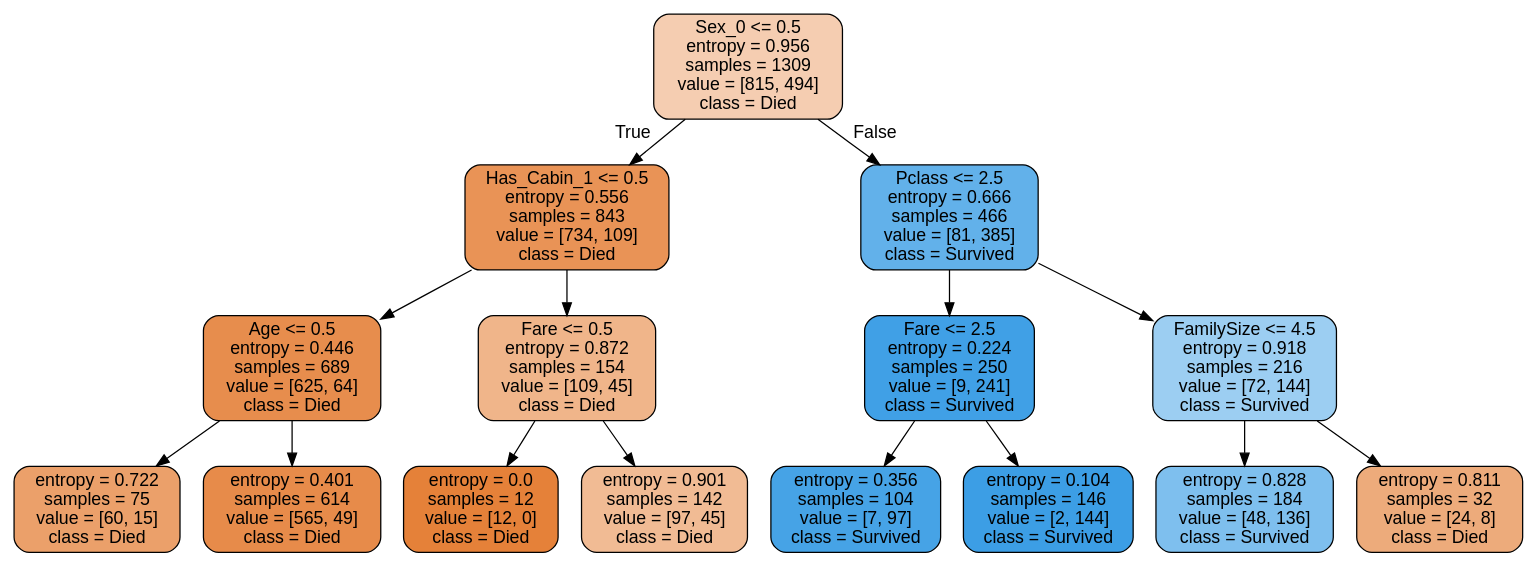
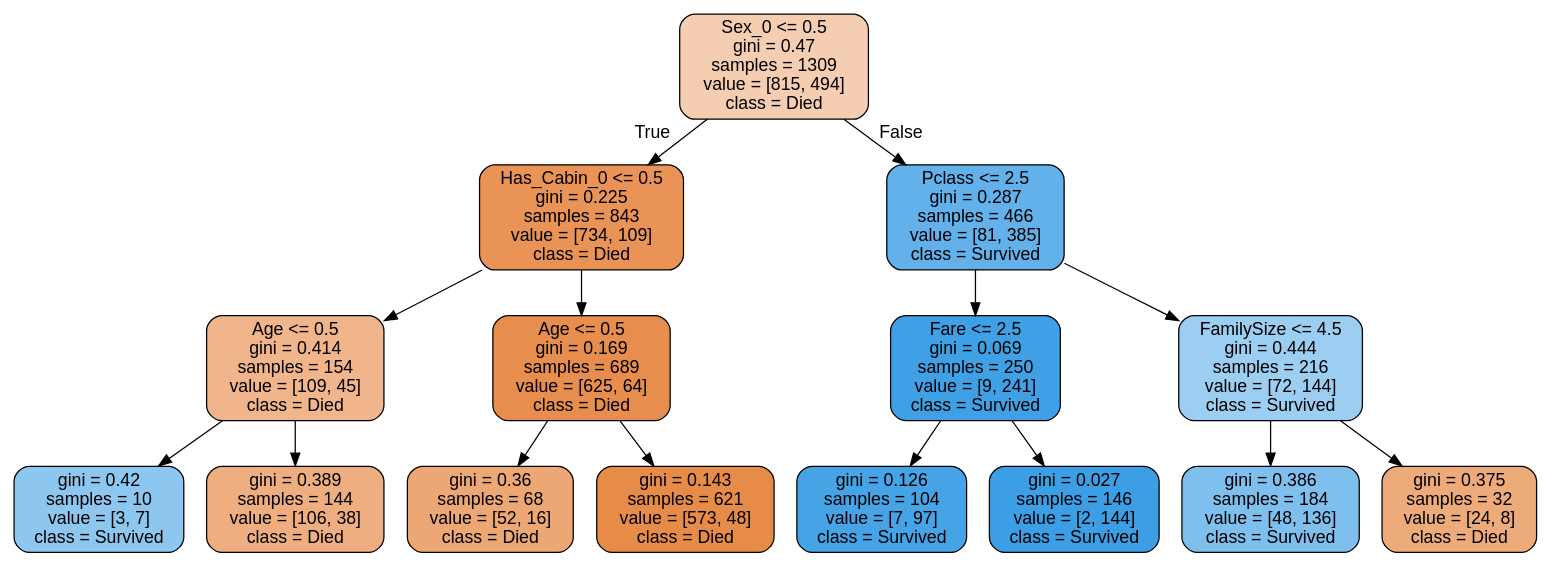
The diagram in tree1.dot (BijayaLaxmiSenapati/Machine-Learning), drawn with Graphviz before and after one commit. The commit also changed 5 other files, not shown here.

```diff
--- a/tree1.dot
+++ b/tree1.dot
@@ -1,33 +1,33 @@
 digraph Tree {
 node [shape=box, style="filled, rounded", color="black", fontname=helvetica] ;
 edge [fontname=helvetica] ;
-0 [label="Sex_0 <= 0.5\nentropy = 0.956\nsamples = 1309\nvalue = [815, 494]\nclass = Died", fillcolor="#e5813964"] ;
-1 [label="Has_Cabin_1 <= 0.5\nentropy = 0.556\nsamples = 843\nvalue = [734, 109]\nclass = Died", fillcolor="#e58139d9"] ;
+0 [label="Sex_0 <= 0.5\ngini = 0.47\nsamples = 1309\nvalue = [815, 494]\nclass = Died", fillcolor="#e5813964"] ;
+1 [label="Has_Cabin_0 <= 0.5\ngini = 0.225\nsamples = 843\nvalue = [734, 109]\nclass = Died", fillcolor="#e58139d9"] ;
 0 -> 1 [labeldistance=2.5, labelangle=45, headlabel="True"] ;
-2 [label="Age <= 0.5\nentropy = 0.446\nsamples = 689\nvalue = [625, 64]\nclass = Died", fillcolor="#e58139e5"] ;
+2 [label="Age <= 0.5\ngini = 0.414\nsamples = 154\nvalue = [109, 45]\nclass = Died", fillcolor="#e5813996"] ;
 1 -> 2 ;
-3 [label="entropy = 0.722\nsamples = 75\nvalue = [60, 15]\nclass = Died", fillcolor="#e58139bf"] ;
+3 [label="gini = 0.42\nsamples = 10\nvalue = [3, 7]\nclass = Survived", fillcolor="#399de592"] ;
 2 -> 3 ;
-4 [label="entropy = 0.401\nsamples = 614\nvalue = [565, 49]\nclass = Died", fillcolor="#e58139e9"] ;
+4 [label="gini = 0.389\nsamples = 144\nvalue = [106, 38]\nclass = Died", fillcolor="#e58139a4"] ;
 2 -> 4 ;
-5 [label="Fare <= 0.5\nentropy = 0.872\nsamples = 154\nvalue = [109, 45]\nclass = Died", fillcolor="#e5813996"] ;
+5 [label="Age <= 0.5\ngini = 0.169\nsamples = 689\nvalue = [625, 64]\nclass = Died", fillcolor="#e58139e5"] ;
 1 -> 5 ;
-6 [label="entropy = 0.0\nsamples = 12\nvalue = [12, 0]\nclass = Died", fillcolor="#e58139ff"] ;
+6 [label="gini = 0.36\nsamples = 68\nvalue = [52, 16]\nclass = Died", fillcolor="#e58139b1"] ;
 5 -> 6 ;
-7 [label="entropy = 0.901\nsamples = 142\nvalue = [97, 45]\nclass = Died", fillcolor="#e5813989"] ;
+7 [label="gini = 0.143\nsamples = 621\nvalue = [573, 48]\nclass = Died", fillcolor="#e58139ea"] ;
 5 -> 7 ;
-8 [label="Pclass <= 2.5\nentropy = 0.666\nsamples = 466\nvalue = [81, 385]\nclass = Survived", fillcolor="#399de5c9"] ;
+8 [label="Pclass <= 2.5\ngini = 0.287\nsamples = 466\nvalue = [81, 385]\nclass = Survived", fillcolor="#399de5c9"] ;
 0 -> 8 [labeldistance=2.5, labelangle=-45, headlabel="False"] ;
-9 [label="Fare <= 2.5\nentropy = 0.224\nsamples = 250\nvalue = [9, 241]\nclass = Survived", fillcolor="#399de5f5"] ;
+9 [label="Fare <= 2.5\ngini = 0.069\nsamples = 250\nvalue = [9, 241]\nclass = Survived", fillcolor="#399de5f5"] ;
 8 -> 9 ;
-10 [label="entropy = 0.356\nsamples = 104\nvalue = [7, 97]\nclass = Survived", fillcolor="#399de5ed"] ;
+10 [label="gini = 0.126\nsamples = 104\nvalue = [7, 97]\nclass = Survived", fillcolor="#399de5ed"] ;
 9 -> 10 ;
-11 [label="entropy = 0.104\nsamples = 146\nvalue = [2, 144]\nclass = Survived", fillcolor="#399de5fb"] ;
+11 [label="gini = 0.027\nsamples = 146\nvalue = [2, 144]\nclass = Survived", fillcolor="#399de5fb"] ;
 9 -> 11 ;
-12 [label="FamilySize <= 4.5\nentropy = 0.918\nsamples = 216\nvalue = [72, 144]\nclass = Survived", fillcolor="#399de57f"] ;
+12 [label="FamilySize <= 4.5\ngini = 0.444\nsamples = 216\nvalue = [72, 144]\nclass = Survived", fillcolor="#399de57f"] ;
 8 -> 12 ;
-13 [label="entropy = 0.828\nsamples = 184\nvalue = [48, 136]\nclass = Survived", fillcolor="#399de5a5"] ;
+13 [label="gini = 0.386\nsamples = 184\nvalue = [48, 136]\nclass = Survived", fillcolor="#399de5a5"] ;
 12 -> 13 ;
-14 [label="entropy = 0.811\nsamples = 32\nvalue = [24, 8]\nclass = Died", fillcolor="#e58139aa"] ;
+14 [label="gini = 0.375\nsamples = 32\nvalue = [24, 8]\nclass = Died", fillcolor="#e58139aa"] ;
 12 -> 14 ;
 }
```
